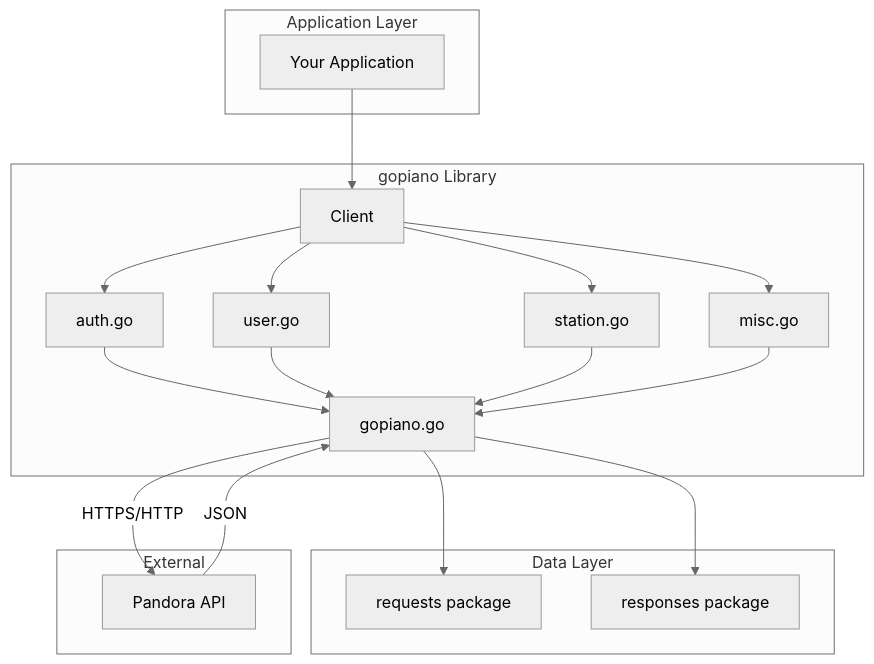
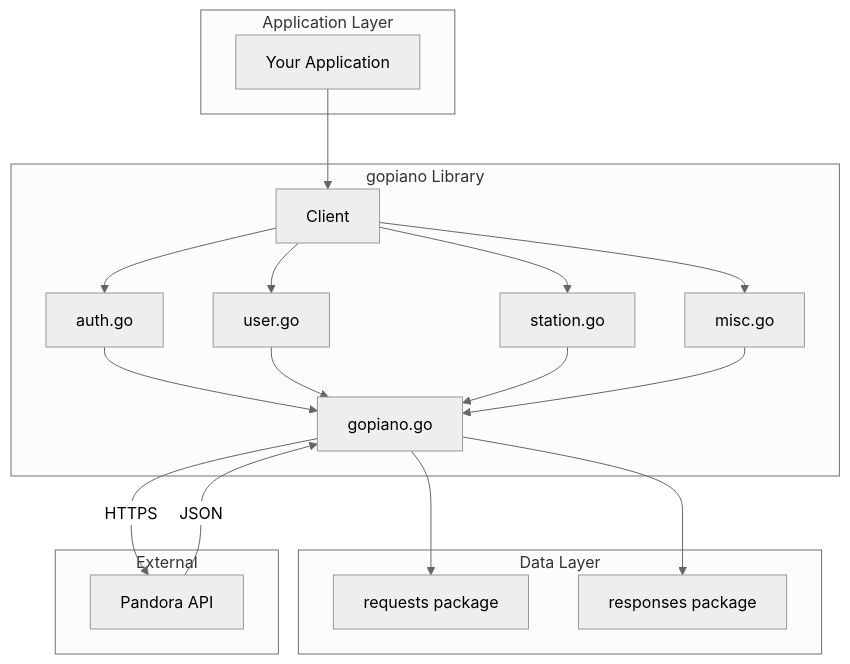
Before and after one commit to unclesp1d3r/gopiano: the first of 10 diagrams in docs/ARCHITECTURE.md, drawn with Mermaid (neutral theme). The commit also changed 1 other file, not shown here.

Commit message:
docs: address PR review feedback
- Remove HTTP from architecture diagram (enforce HTTPS for API calls)
- Add proper error handling to concurrency examples

````diff
--- a/docs/ARCHITECTURE.md
+++ b/docs/ARCHITECTURE.md
@@ -7,38 +7,38 @@
 ```mermaid
 graph TB
     subgraph "Application Layer"
         App[Your Application]
     end
 
     subgraph "gopiano Library"
         Client[Client]
         Auth[auth.go]
         User[user.go]
         Station[station.go]
         Misc[misc.go]
         Core[gopiano.go]
     end
 
     subgraph "Data Layer"
         Requests[requests package]
         Responses[responses package]
     end
 
     subgraph "External"
         Pandora[Pandora API]
     end
 
     App --> Client
     Client --> Auth
     Client --> User
     Client --> Station
     Client --> Misc
     Auth --> Core
     User --> Core
     Station --> Core
     Misc --> Core
     Core --> Requests
     Core --> Responses
-    Core -->|HTTPS/HTTP| Pandora
+    Core -->|HTTPS| Pandora
     Pandora -->|JSON| Core
 ```
````
